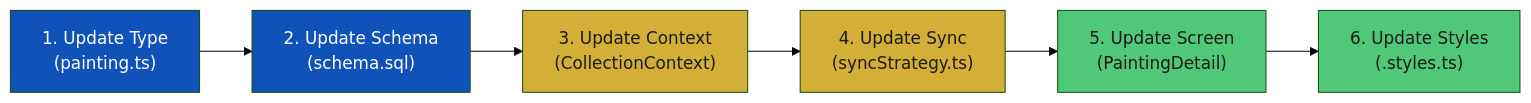
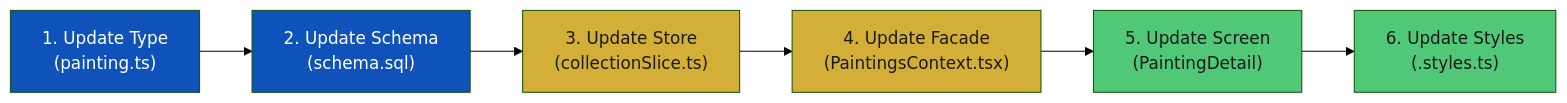
Before and after one commit to zoha-rakotomalala/Mithra: the tenth of 10 diagrams in DEVELOPERS_GUIDE.md, drawn with Mermaid (forest theme). The commit also changed other lines of this file and 35 other files, not shown here.

````diff
--- a/DEVELOPERS_GUIDE.md
+++ b/DEVELOPERS_GUIDE.md
@@ -1934,15 +1901,15 @@
 ```mermaid
 flowchart LR
     A["1. Update Type\n(painting.ts)"] --> B["2. Update Schema\n(schema.sql)"]
-    B --> C["3. Update Context\n(CollectionContext)"]
-    C --> D["4. Update Sync\n(syncStrategy.ts)"]
+    B --> C["3. Update Store\n(collectionSlice.ts)"]
+    C --> D["4. Update Facade\n(PaintingsContext.tsx)"]
     D --> E["5. Update Screen\n(PaintingDetail)"]
     E --> F["6. Update Styles\n(.styles.ts)"]
 
     style A fill:#0f52ba,color:#fff
     style B fill:#0f52ba,color:#fff
     style C fill:#d4af37,color:#1a1a1a
     style D fill:#d4af37,color:#1a1a1a
     style E fill:#50c878,color:#1a1a1a
     style F fill:#50c878,color:#1a1a1a
 ```
````
